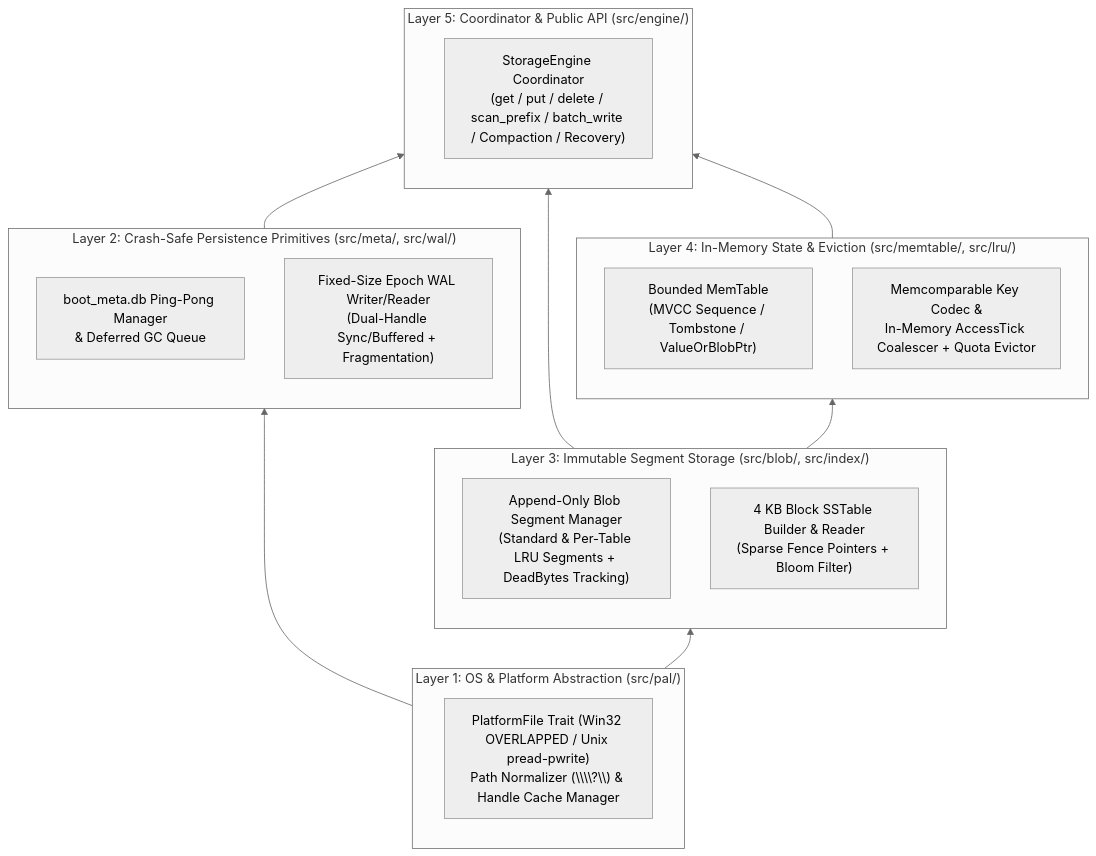
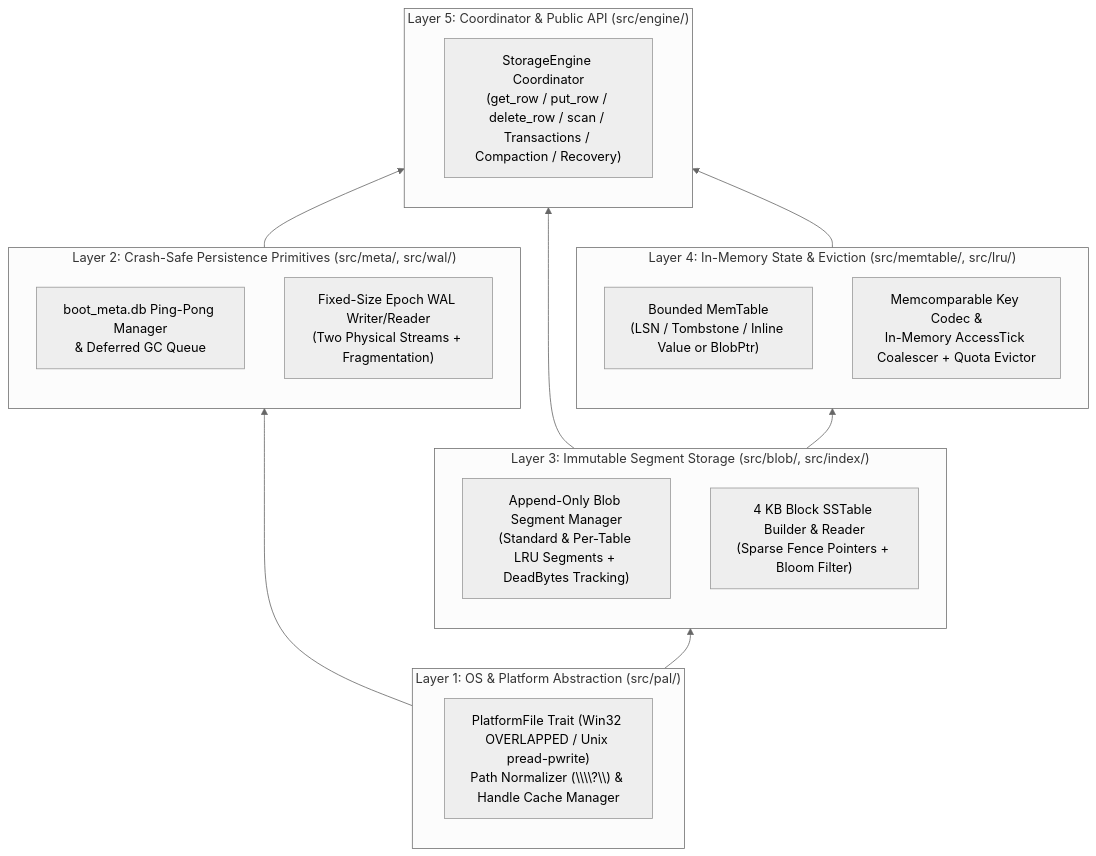
The fifth of 5 diagrams in docs/phase1/00_OVERVIEW.md (toyoshim-i/aydb), drawn with Mermaid (neutral theme) before and after one commit. The commit also changed other lines of this file and 10 other files, not shown here.

````diff
--- a/docs/phase1/00_OVERVIEW.md
+++ b/docs/phase1/00_OVERVIEW.md
@@ -240,32 +243,32 @@
 ```mermaid
 flowchart BT
     subgraph L1["Layer 1: OS & Platform Abstraction (src/pal/)"]
         PAL["PlatformFile Trait (Win32 OVERLAPPED / Unix pread-pwrite)<br/>Path Normalizer (\\\\?\\) & Handle Cache Manager"]
     end
 
     subgraph L2["Layer 2: Crash-Safe Persistence Primitives (src/meta/, src/wal/)"]
         META["boot_meta.db Ping-Pong Manager<br/>& Deferred GC Queue"]
-        WAL["Fixed-Size Epoch WAL Writer/Reader<br/>(Dual-Handle Sync/Buffered + Fragmentation)"]
+        WAL["Fixed-Size Epoch WAL Writer/Reader<br/>(Two Physical Streams + Fragmentation)"]
     end
 
     subgraph L3["Layer 3: Immutable Segment Storage (src/blob/, src/index/)"]
         BLOB["Append-Only Blob Segment Manager<br/>(Standard & Per-Table LRU Segments + DeadBytes Tracking)"]
         IDX["4 KB Block SSTable Builder & Reader<br/>(Sparse Fence Pointers + Bloom Filter)"]
     end
 
     subgraph L4["Layer 4: In-Memory State & Eviction (src/memtable/, src/lru/)"]
-        MT["Bounded MemTable<br/>(MVCC Sequence / Tombstone / ValueOrBlobPtr)"]
+        MT["Bounded MemTable<br/>(LSN / Tombstone / Inline Value or BlobPtr)"]
         LRU["Memcomparable Key Codec &<br/>In-Memory AccessTick Coalescer + Quota Evictor"]
     end
 
     subgraph L5["Layer 5: Coordinator & Public API (src/engine/)"]
-        ENG["StorageEngine Coordinator<br/>(get / put / delete / scan_prefix / batch_write / Compaction / Recovery)"]
+        ENG["StorageEngine Coordinator<br/>(get_row / put_row / delete_row / scan / Transactions / Compaction / Recovery)"]
     end
 
     L1 --> L2
     L1 --> L3
     L2 --> L5
     L3 --> L5
     L4 --> L5
     L3 --> L4
 ```
````
